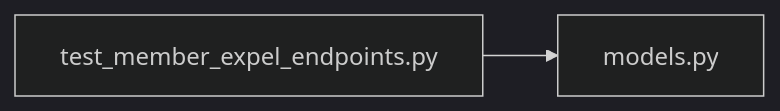
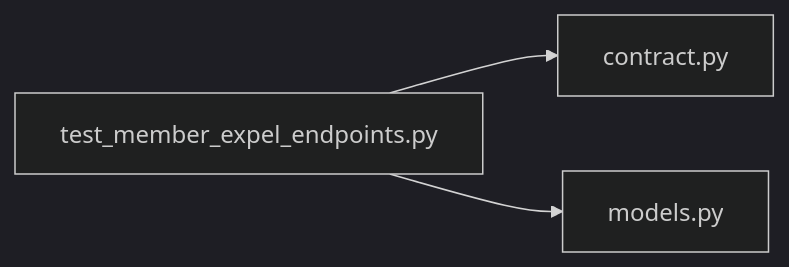
The diagram in .cluedoc/graph/backend/tests/integration/db/test_member_expel_endpoints.md (minkong-dev/Banblit), drawn with Mermaid (dark theme) before and after one commit. The commit also changed other lines of this file and 48 other files, not shown here.

First line of the commit message:
backend: split file storage into its own module and keep shared literals in contract

````diff
--- a/.cluedoc/graph/backend/tests/integration/db/test_member_expel_endpoints.md
+++ b/.cluedoc/graph/backend/tests/integration/db/test_member_expel_endpoints.md
@@ -10,5 +10,6 @@
 ```mermaid
 flowchart LR
   backend_tests_integration_db_test_member_expel_endpoints["test_member_expel_endpoints.py"]
+  backend_tests_integration_db_test_member_expel_endpoints --> backend_src_backend_contract["contract.py"]
   backend_tests_integration_db_test_member_expel_endpoints --> backend_src_backend_db_models["models.py"]
 ```
````
